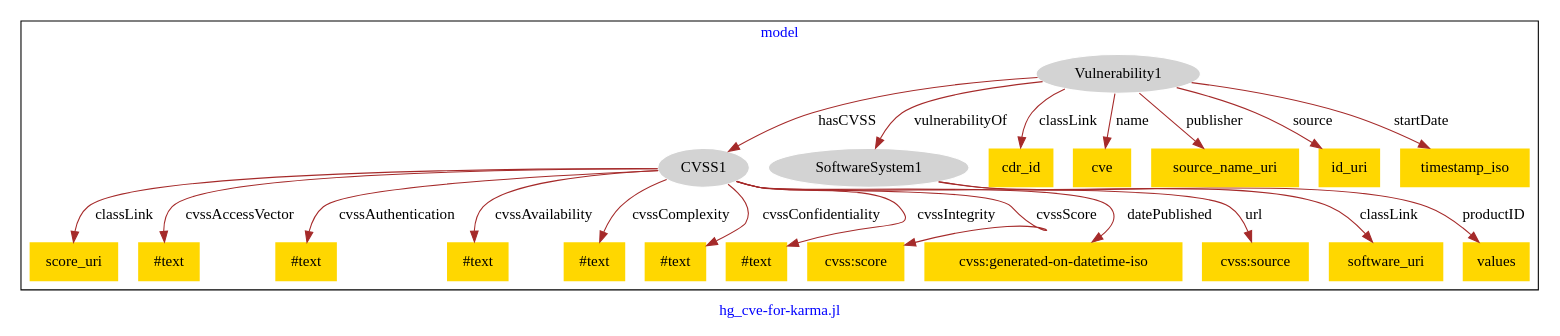
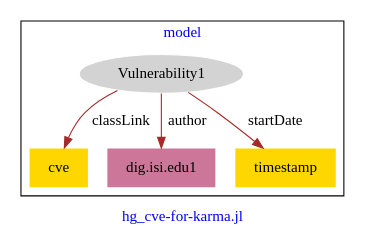
Before and after one commit to dkapoor/karma-models: the diagram in hg-cve/hg_cve-for-karma.jl-model.dot, drawn with Graphviz.

Commit message:
Update file hg_cve-for-karma.jl-model.dot

```diff
--- a/hg-cve/hg_cve-for-karma.jl-model.dot
+++ b/hg-cve/hg_cve-for-karma.jl-model.dot
@@ -1,47 +1,15 @@
 digraph n0 {
 fontcolor="blue"
 remincross="true"
 label="hg_cve-for-karma.jl"
 subgraph cluster {
 label="model"
-n2[style="filled",color="white",fillcolor="lightgray",label="CVSS1"];
-n3[shape="plaintext",style="filled",fillcolor="gold",label="score_uri"];
-n4[shape="plaintext",style="filled",fillcolor="gold",label="#text"];
-n5[shape="plaintext",style="filled",fillcolor="gold",label="#text"];
-n6[shape="plaintext",style="filled",fillcolor="gold",label="#text"];
-n7[shape="plaintext",style="filled",fillcolor="gold",label="#text"];
-n8[shape="plaintext",style="filled",fillcolor="gold",label="#text"];
-n9[shape="plaintext",style="filled",fillcolor="gold",label="#text"];
-n10[shape="plaintext",style="filled",fillcolor="gold",label="cvss:score"];
-n11[shape="plaintext",style="filled",fillcolor="gold",label="cvss:generated-on-datetime-iso"];
-n12[shape="plaintext",style="filled",fillcolor="gold",label="cvss:source"];
-n13[style="filled",color="white",fillcolor="lightgray",label="SoftwareSystem1"];
-n14[shape="plaintext",style="filled",fillcolor="gold",label="software_uri"];
-n15[shape="plaintext",style="filled",fillcolor="gold",label="values"];
-n16[style="filled",color="white",fillcolor="lightgray",label="Vulnerability1"];
-n17[shape="plaintext",style="filled",fillcolor="gold",label="cdr_id"];
-n18[shape="plaintext",style="filled",fillcolor="gold",label="cve"];
-n19[shape="plaintext",style="filled",fillcolor="gold",label="source_name_uri"];
-n20[shape="plaintext",style="filled",fillcolor="gold",label="id_uri"];
-n21[shape="plaintext",style="filled",fillcolor="gold",label="timestamp_iso"];
+n2[style="filled",color="white",fillcolor="lightgray",label="Vulnerability1"];
+n3[shape="plaintext",style="filled",fillcolor="gold",label="cve"];
+n4[shape="plaintext",style="filled",fillcolor="#CC7799",label="dig.isi.edu1"];
+n5[shape="plaintext",style="filled",fillcolor="gold",label="timestamp"];
 }
 n2 -> n3[color="brown",fontcolor="black",label="classLink"]
-n2 -> n4[color="brown",fontcolor="black",label="cvssAccessVector"]
-n2 -> n5[color="brown",fontcolor="black",label="cvssAuthentication"]
-n2 -> n6[color="brown",fontcolor="black",label="cvssAvailability"]
-n2 -> n7[color="brown",fontcolor="black",label="cvssComplexity"]
-n2 -> n8[color="brown",fontcolor="black",label="cvssConfidentiality"]
-n2 -> n9[color="brown",fontcolor="black",label="cvssIntegrity"]
-n2 -> n10[color="brown",fontcolor="black",label="cvssScore"]
-n2 -> n11[color="brown",fontcolor="black",label="datePublished"]
-n2 -> n12[color="brown",fontcolor="black",label="url"]
-n13 -> n14[color="brown",fontcolor="black",label="classLink"]
-n13 -> n15[color="brown",fontcolor="black",label="productID"]
-n16 -> n17[color="brown",fontcolor="black",label="classLink"]
-n16 -> n2[color="brown",fontcolor="black",label="hasCVSS"]
-n16 -> n13[color="brown",fontcolor="black",label="vulnerabilityOf"]
-n16 -> n18[color="brown",fontcolor="black",label="name"]
-n16 -> n19[color="brown",fontcolor="black",label="publisher"]
-n16 -> n20[color="brown",fontcolor="black",label="source"]
-n16 -> n21[color="brown",fontcolor="black",label="startDate"]
+n2 -> n4[color="brown",fontcolor="black",label="author"]
+n2 -> n5[color="brown",fontcolor="black",label="startDate"]
 }
```
